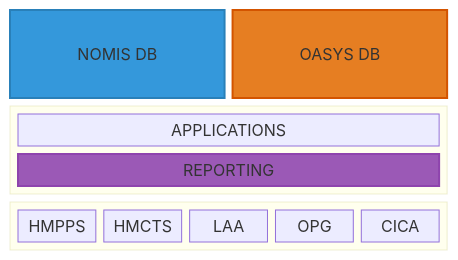
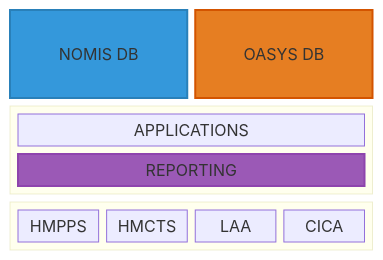
The diagram in src/slide_2.md (robertsweetman/data-strategy-presentation), drawn with Mermaid before and after one commit. The commit also changed other lines of this file and 4 other files, not shown here.

````diff
--- a/src/slide_2.md
+++ b/src/slide_2.md
@@ -10,22 +10,19 @@
 ```mermaid
 block-beta
     columns 8
     NOMIS["NOMIS DB"]:4 OASYS["OASYS DB"]:4
     block:group1:8
         columns 1
         APPS["APPLICATIONS"] 
         REPORTING["REPORTING"]
     end
     block:group2:8
-        %% TODO: Check these acronyms
         HMPPS["HMPPS"]
         HMCTS["HMCTS"]
         LAA["LAA"]
-        OPG["OPG"]
-        CICA["CICA"]
+        CICA["CICA"] 
     end
     style NOMIS fill:#3498db,stroke:#2980b9,color:white,stroke-width:2px
     style OASYS fill:#e67e22,stroke:#d35400,color:white,stroke-width:2px
     style REPORTING fill:#9b59b6,stroke:#8e44ad,color:white,stroke-width:2px
-
 ```
````
